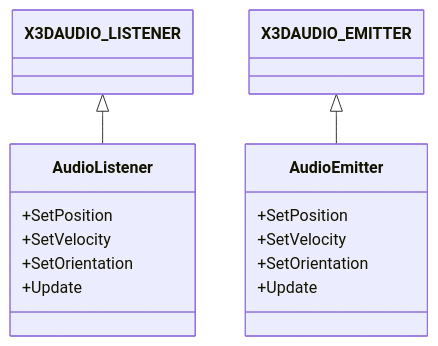
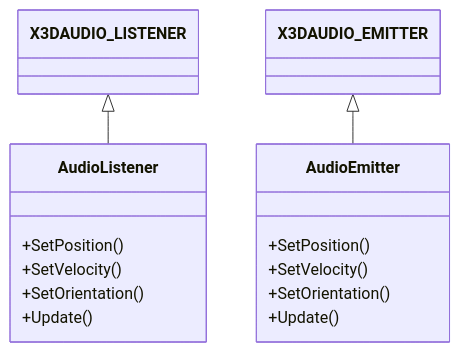
One commit to neogrammer/Wiki changed the second of 2 diagrams in Audio.md. Above: the diagram before and after it, drawn with Mermaid. The commit also changed other lines of this file, not shown here.

````diff
--- a/Audio.md
+++ b/Audio.md
@@ -75,19 +74,19 @@
 ```mermaid
 classDiagram
 class AudioListener{
-+SetPosition
-+SetVelocity
-+SetOrientation
-+Update
+   +SetPosition()
+   +SetVelocity()
+   +SetOrientation()
+   +Update()
 }
 class X3DAUDIO_LISTENER
 class AudioEmitter{
-+SetPosition
-+SetVelocity
-+SetOrientation
-+Update
+   +SetPosition()
+   +SetVelocity()
+   +SetOrientation()
+   +Update()
 }
 class X3DAUDIO_EMITTER
 X3DAUDIO_LISTENER <|-- AudioListener
 X3DAUDIO_EMITTER <|-- AudioEmitter
 ```
````
